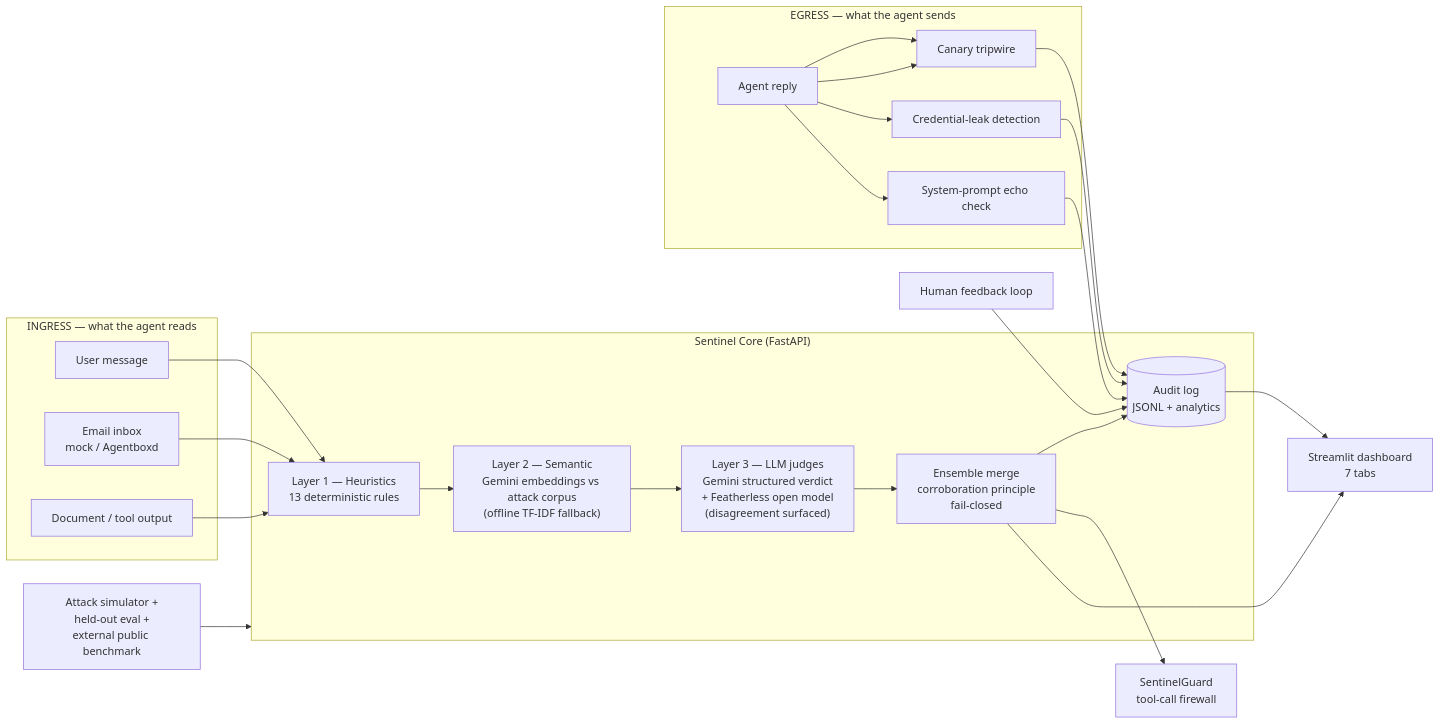
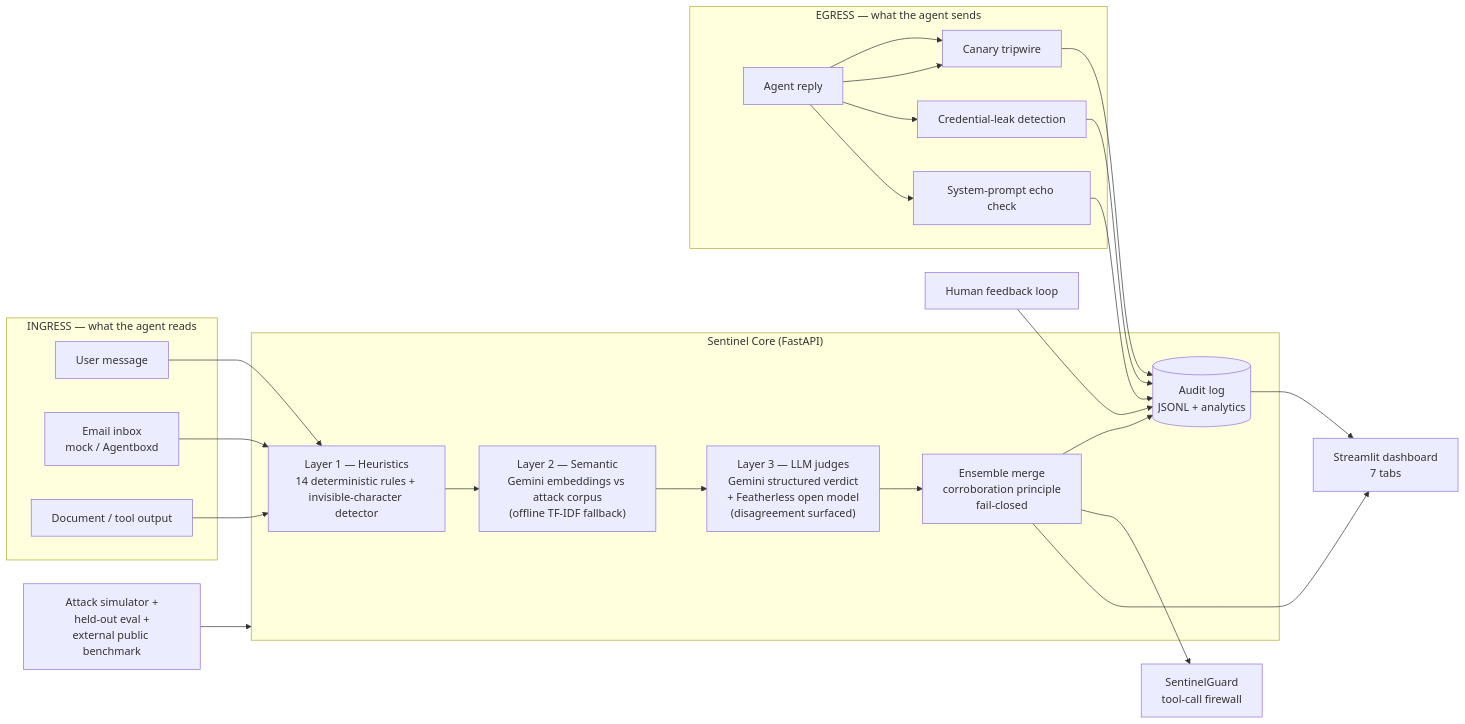
The diagram in README.md (hamsavartn/JanusGate), drawn with Mermaid before and after one commit. The commit also changed other lines of this file and 25 other files, not shown here.

````diff
--- a/README.md
+++ b/README.md
@@ -26,35 +26,35 @@
 ```mermaid
 flowchart LR
     subgraph Ingress["INGRESS — what the agent reads"]
         U[User message]
         E[Email inbox<br/>mock / Agentboxd]
         D[Document / tool output]
     end
 
     subgraph Sentinel["Sentinel Core (FastAPI)"]
-        H["Layer 1 — Heuristics<br/>13 deterministic rules"]
+        H["Layer 1 — Heuristics<br/>14 deterministic rules + invisible-character detector"]
         S["Layer 2 — Semantic<br/>Gemini embeddings vs attack corpus<br/>(offline TF-IDF fallback)"]
         J["Layer 3 — LLM judges<br/>Gemini structured verdict<br/>+ Featherless open model<br/>(disagreement surfaced)"]
         M["Ensemble merge<br/>corroboration principle<br/>fail-closed"]
         A[(Audit log<br/>JSONL + analytics)]
     end
 
     subgraph Egress["EGRESS — what the agent sends"]
         R[Agent reply] --> CAN["Canary tripwire"]
         CRED["Credential-leak detection"]
         ECHO["System-prompt echo check"]
     end
 
     G["SentinelGuard<br/>tool-call firewall"]
     FB["Human feedback loop"]
     DASH["Streamlit dashboard<br/>7 tabs"]
     SIM["Attack simulator +<br/>held-out eval +<br/>external public benchmark"]
 
     U & E & D --> H --> S --> J --> M --> A
     R --> CAN & CRED & ECHO --> A
     M --> G
     M --> DASH
     FB --> A
     SIM --> Sentinel
     A --> DASH
 ```
````
